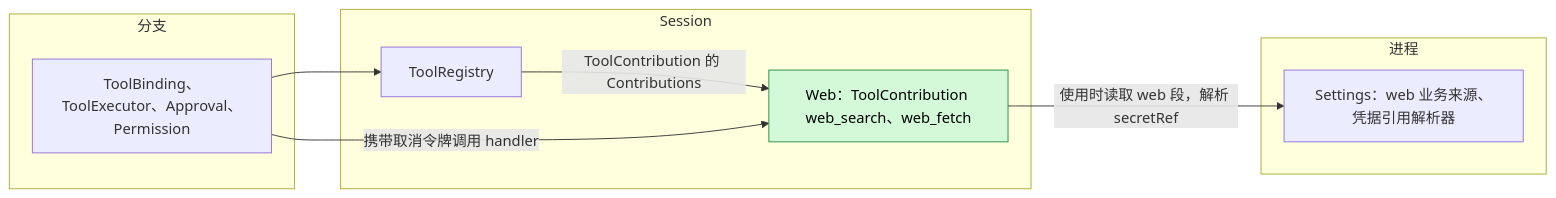
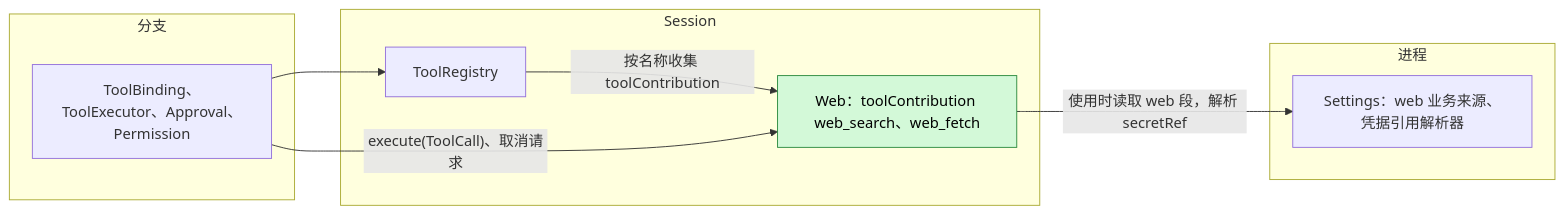
One commit to CoutinhoTTS/dim-agent changed the first of 5 diagrams in docs/zh/design/plugins/Web.md. Above: the diagram before and after it, drawn with Mermaid. The commit also changed other lines of this file and 18 other files, not shown here.

````diff
--- a/docs/zh/design/plugins/Web.md
+++ b/docs/zh/design/plugins/Web.md
@@ -9,18 +9,18 @@
 ```mermaid
 flowchart LR
   subgraph PROC["进程"]
     Settings["Settings：web 业务来源、凭据引用解析器"]
   end
   subgraph SESS["Session"]
-    Web["Web：ToolContribution web_search、web_fetch"]:::new
+    Web["Web：toolContribution web_search、web_fetch"]:::new
     ToolRegistry["ToolRegistry"]
   end
   subgraph BR["分支"]
     Exec["ToolBinding、ToolExecutor、Approval、Permission"]
   end
   Web -->|"使用时读取 web 段，解析 secretRef"| Settings
-  ToolRegistry -->|"ToolContribution 的 Contributions"| Web
+  ToolRegistry -->|"按名称收集 toolContribution"| Web
   Exec --> ToolRegistry
-  Exec -->|"携带取消令牌调用 handler"| Web
+  Exec -->|"execute(ToolCall)、取消请求"| Web
   classDef new fill:#d3f9d8,stroke:#2b8a3e,color:#000
 ```
````
